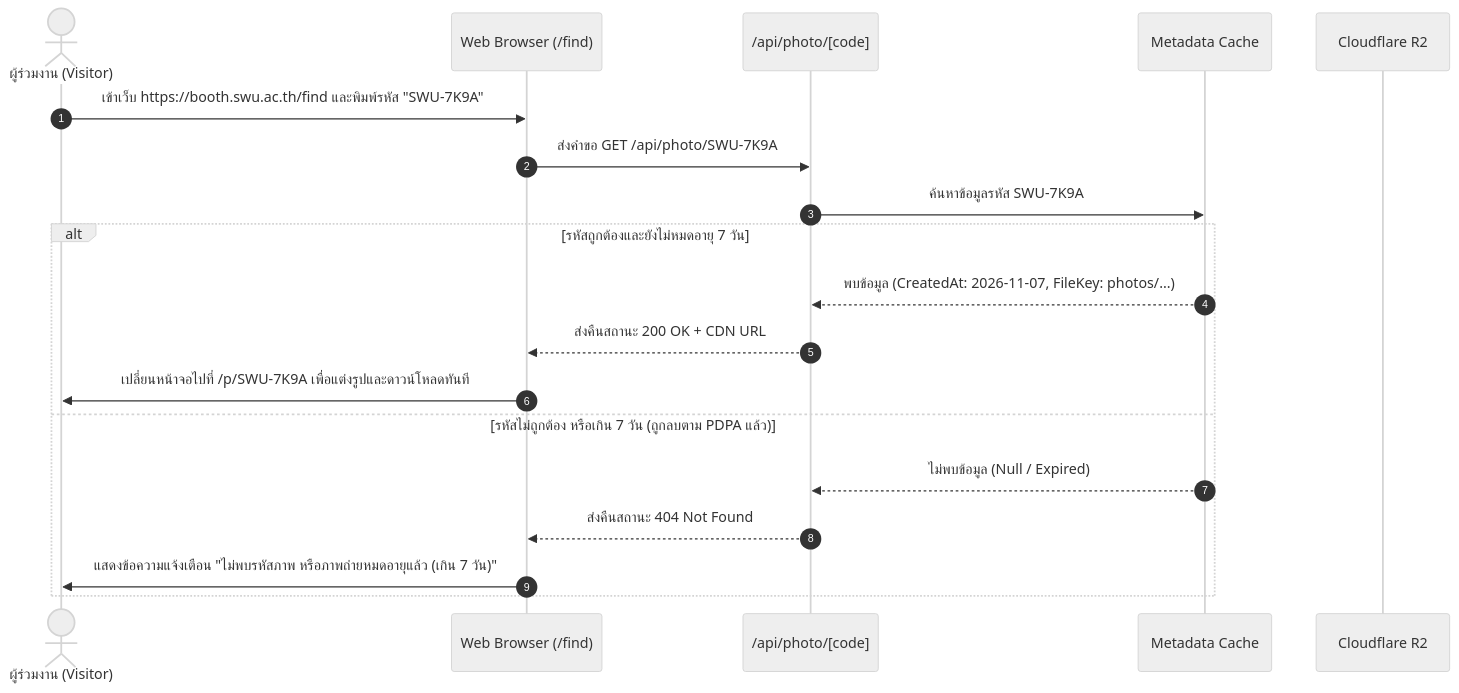
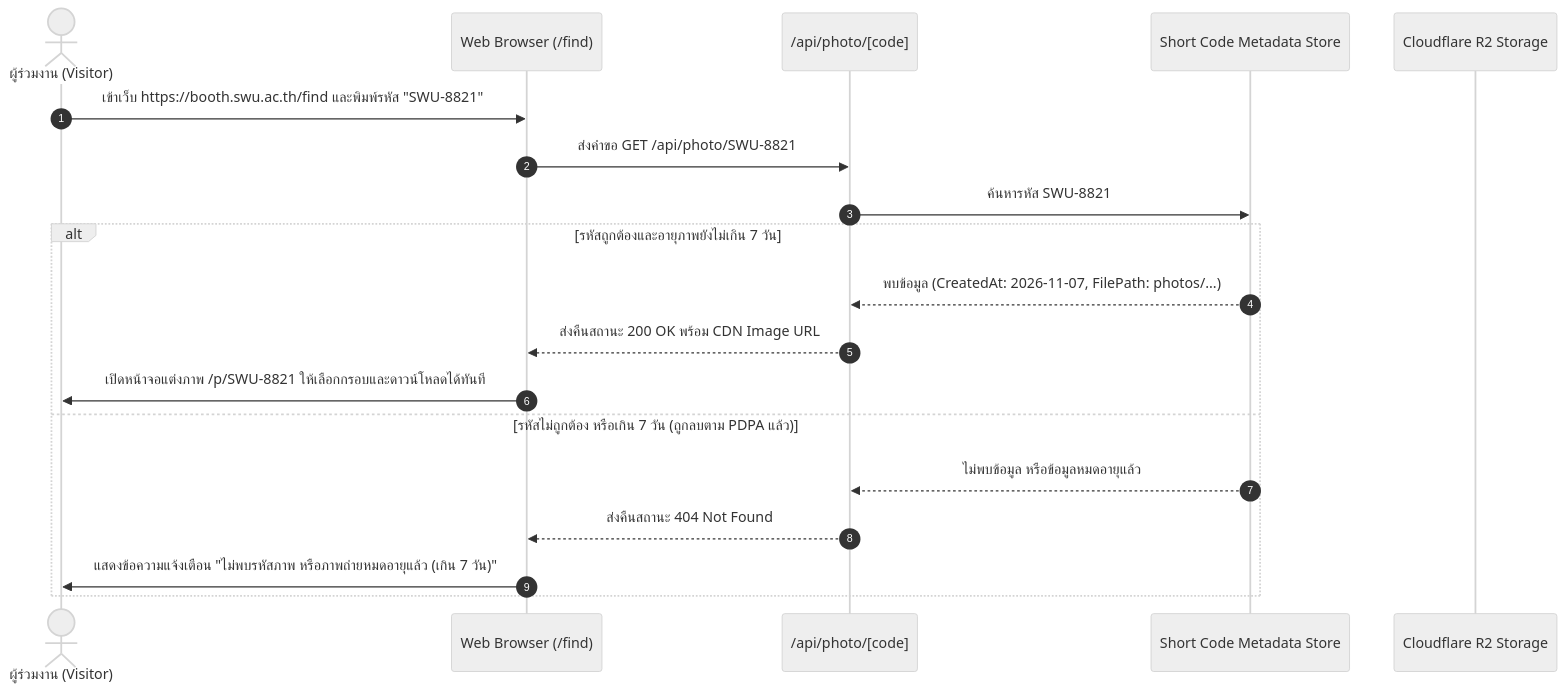
One commit to icelandz9/swu-openhouse changed diagram 11 of 12 in ducument-sathit/task01/system-architecture-and-sequence-flow.md. Above: the diagram before and after it, drawn with Mermaid (neutral theme). The commit also changed other lines of this file and 1 other file, not shown here.

Commit message:
docs: finalize pure Photo Booth System Architecture and Sequence Flows based on grill-me locks

````diff
--- a/ducument-sathit/task01/system-architecture-and-sequence-flow.md
+++ b/ducument-sathit/task01/system-architecture-and-sequence-flow.md
@@ -413,23 +387,23 @@
 ```mermaid
 sequenceDiagram
     autonumber
     actor Visitor as ผู้ร่วมงาน (Visitor)
-    participant Browser as Web Browser (/find)
+    participant Web as Web Browser (/find)
     participant API as /api/photo/[code]
-    participant KV as Metadata Cache
-    participant R2 as Cloudflare R2
+    participant KV as Short Code Metadata Store
+    participant R2 as Cloudflare R2 Storage
 
-    Visitor->>Browser: เข้าเว็บ https://booth.swu.ac.th/find และพิมพ์รหัส "SWU-7K9A"
-    Browser->>API: ส่งคำขอ GET /api/photo/SWU-7K9A
-    API->>KV: ค้นหาข้อมูลรหัส SWU-7K9A
+    Visitor->>Web: เข้าเว็บ https://booth.swu.ac.th/find และพิมพ์รหัส "SWU-8821"
+    Web->>API: ส่งคำขอ GET /api/photo/SWU-8821
+    API->>KV: ค้นหารหัส SWU-8821
 
-    alt รหัสถูกต้องและยังไม่หมดอายุ 7 วัน
-        KV-->>API: พบข้อมูล (CreatedAt: 2026-11-07, FileKey: photos/...)
-        API-->>Browser: ส่งคืนสถานะ 200 OK + CDN URL
-        Browser->>Visitor: เปลี่ยนหน้าจอไปที่ /p/SWU-7K9A เพื่อแต่งรูปและดาวน์โหลดทันที
+    alt รหัสถูกต้องและอายุภาพยังไม่เกิน 7 วัน
+        KV-->>API: พบข้อมูล (CreatedAt: 2026-11-07, FilePath: photos/...)
+        API-->>Web: ส่งคืนสถานะ 200 OK พร้อม CDN Image URL
+        Web->>Visitor: เปิดหน้าจอแต่งภาพ /p/SWU-8821 ให้เลือกกรอบและดาวน์โหลดได้ทันที
     else รหัสไม่ถูกต้อง หรือเกิน 7 วัน (ถูกลบตาม PDPA แล้ว)
-        KV-->>API: ไม่พบข้อมูล (Null / Expired)
-        API-->>Browser: ส่งคืนสถานะ 404 Not Found
-        Browser->>Visitor: แสดงข้อความแจ้งเตือน "ไม่พบรหัสภาพ หรือภาพถ่ายหมดอายุแล้ว (เกิน 7 วัน)"
+        KV-->>API: ไม่พบข้อมูล หรือข้อมูลหมดอายุแล้ว
+        API-->>Web: ส่งคืนสถานะ 404 Not Found
+        Web->>Visitor: แสดงข้อความแจ้งเตือน "ไม่พบรหัสภาพ หรือภาพถ่ายหมดอายุแล้ว (เกิน 7 วัน)"
     end
 ```
````
